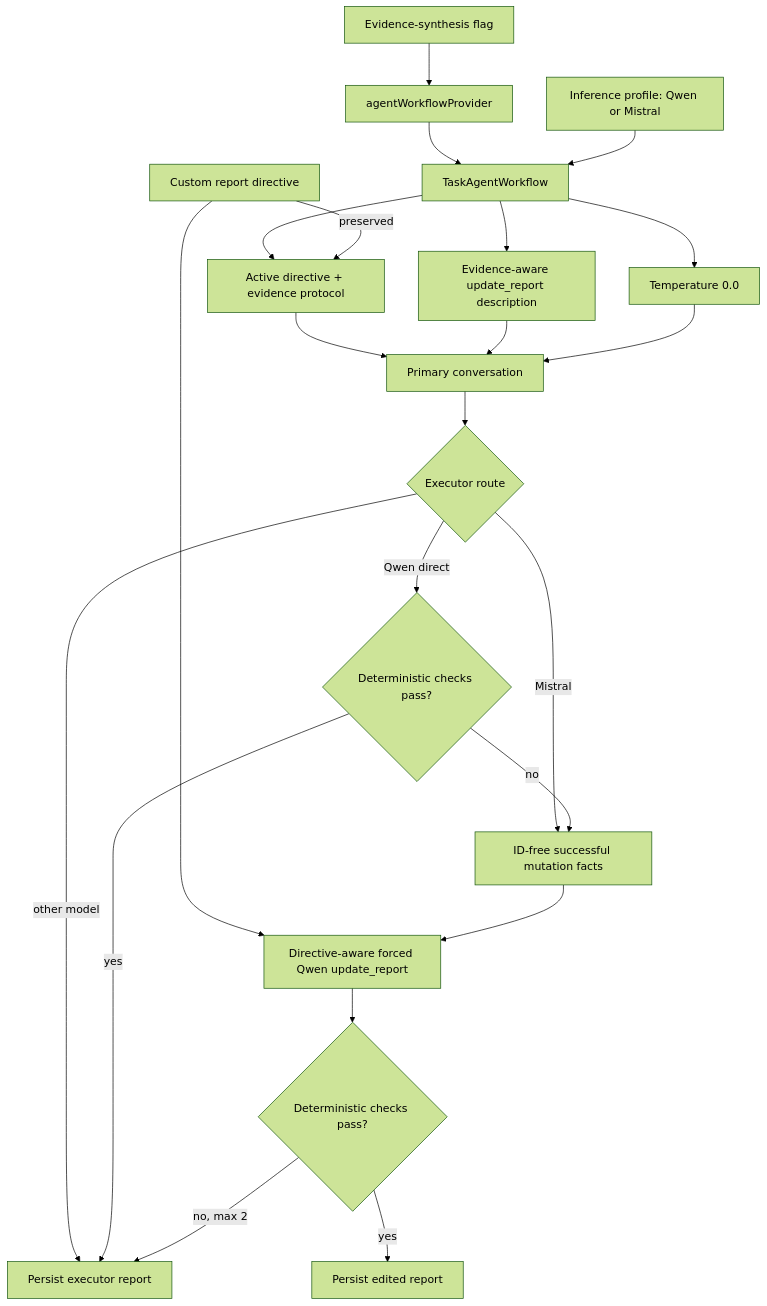
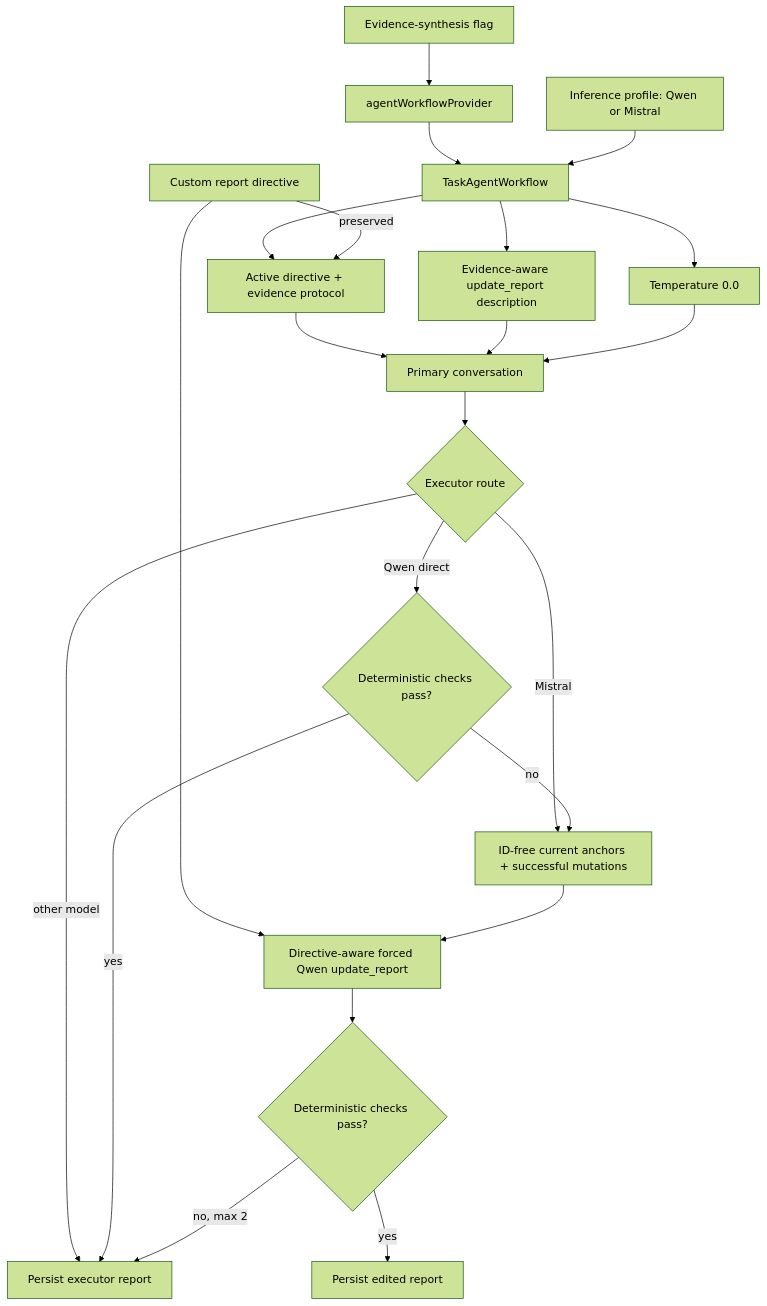
One commit to matthiasn/lotti changed the tenth of 20 diagrams in lib/features/agents/README.md. Above: the diagram before and after it, drawn with Mermaid (forest theme). The commit also changed other lines of this file and 11 other files, not shown here.

````diff
--- a/lib/features/agents/README.md
+++ b/lib/features/agents/README.md
@@ -914,24 +917,24 @@
 ```mermaid
 flowchart TD
   Flag["Evidence-synthesis flag"] --> Provider["agentWorkflowProvider"]
   Provider --> Workflow["TaskAgentWorkflow"]
   Profile["Inference profile: Qwen or Mistral"] --> Workflow
   Workflow --> Prompt["Active directive + evidence protocol"]
   Workflow --> Tools["Evidence-aware update_report description"]
   Workflow --> Sampling["Temperature 0.0"]
   Custom["Custom report directive"] -->|preserved| Prompt
   Prompt --> Executor["Primary conversation"]
   Tools --> Executor
   Sampling --> Executor
   Executor --> Route{"Executor route"}
   Route -->|other model| Persist["Persist executor report"]
-  Route -->|Mistral| Facts["ID-free successful mutation facts"]
+  Route -->|Mistral| Facts["ID-free current anchors + successful mutations"]
   Route -->|Qwen direct| DirectValidate{"Deterministic checks pass?"}
   DirectValidate -->|yes| Persist
   DirectValidate -->|no| Facts
   Custom --> Editor
   Facts --> Editor["Directive-aware forced Qwen update_report"]
   Editor --> Validate{"Deterministic checks pass?"}
   Validate -->|yes| PersistEdited["Persist edited report"]
   Validate -->|no, max 2| Persist
 ```
````
